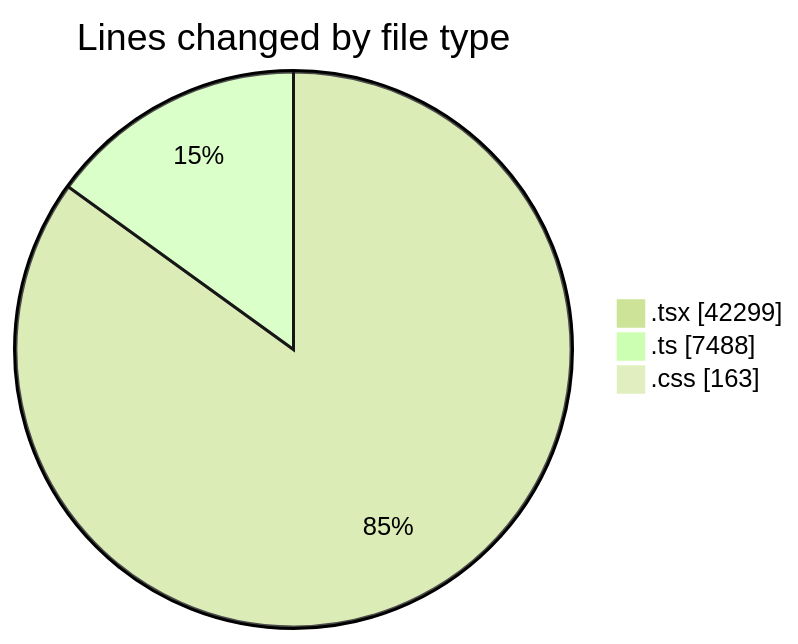
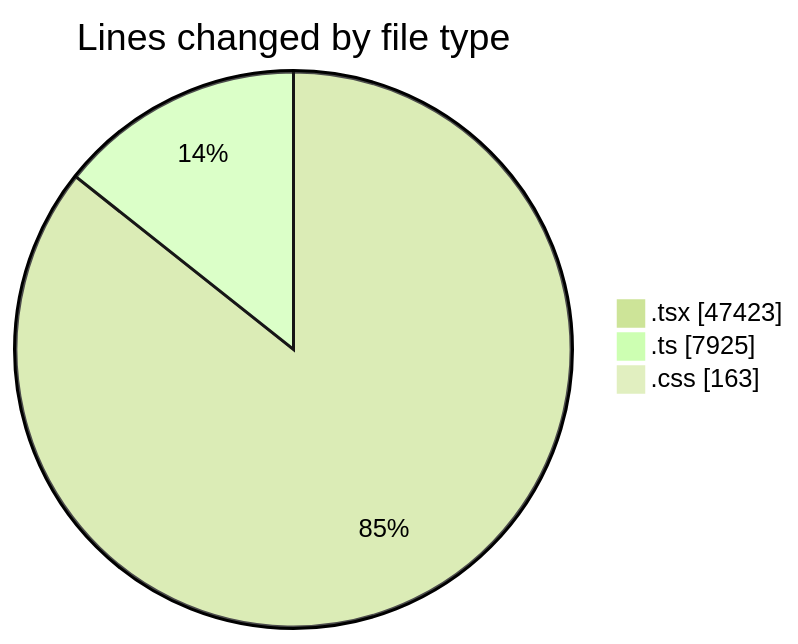
One commit to nxtqubesakshisongat/code-tracking changed the first of 2 diagrams in 2026-08-23/nxtqube_webapp/README.md. Above: the diagram before and after it, drawn with Mermaid (forest theme). The commit also changed other lines of this file and 1 other file, not shown here.

````diff
--- a/2026-08-23/nxtqube_webapp/README.md
+++ b/2026-08-23/nxtqube_webapp/README.md
@@ -109,7 +118,7 @@
 ```mermaid
 pie showData
 title Lines changed by file type
-".tsx" : 42299
-".ts" : 7488
+".tsx" : 47423
+".ts" : 7925
 ".css" : 163
 ```
````
